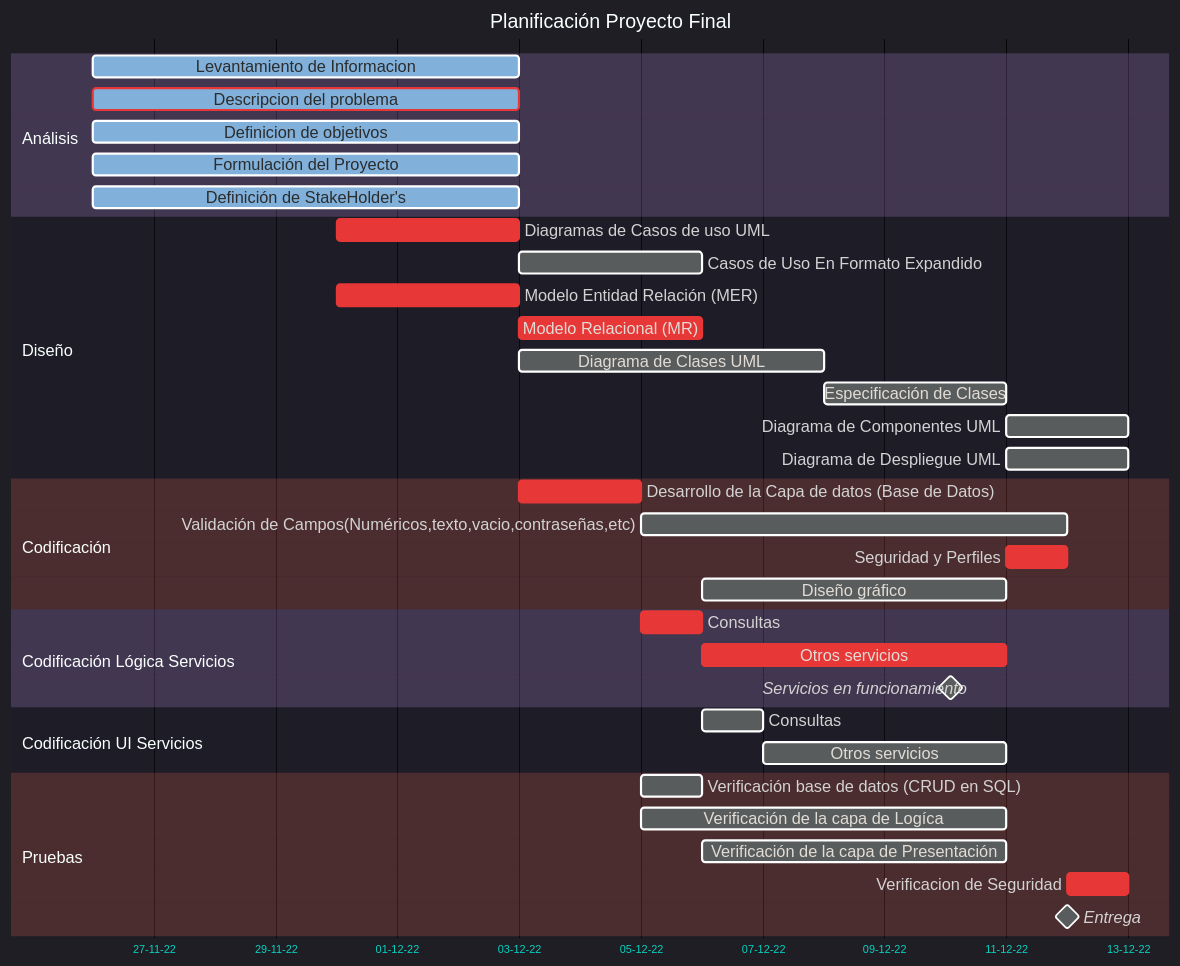
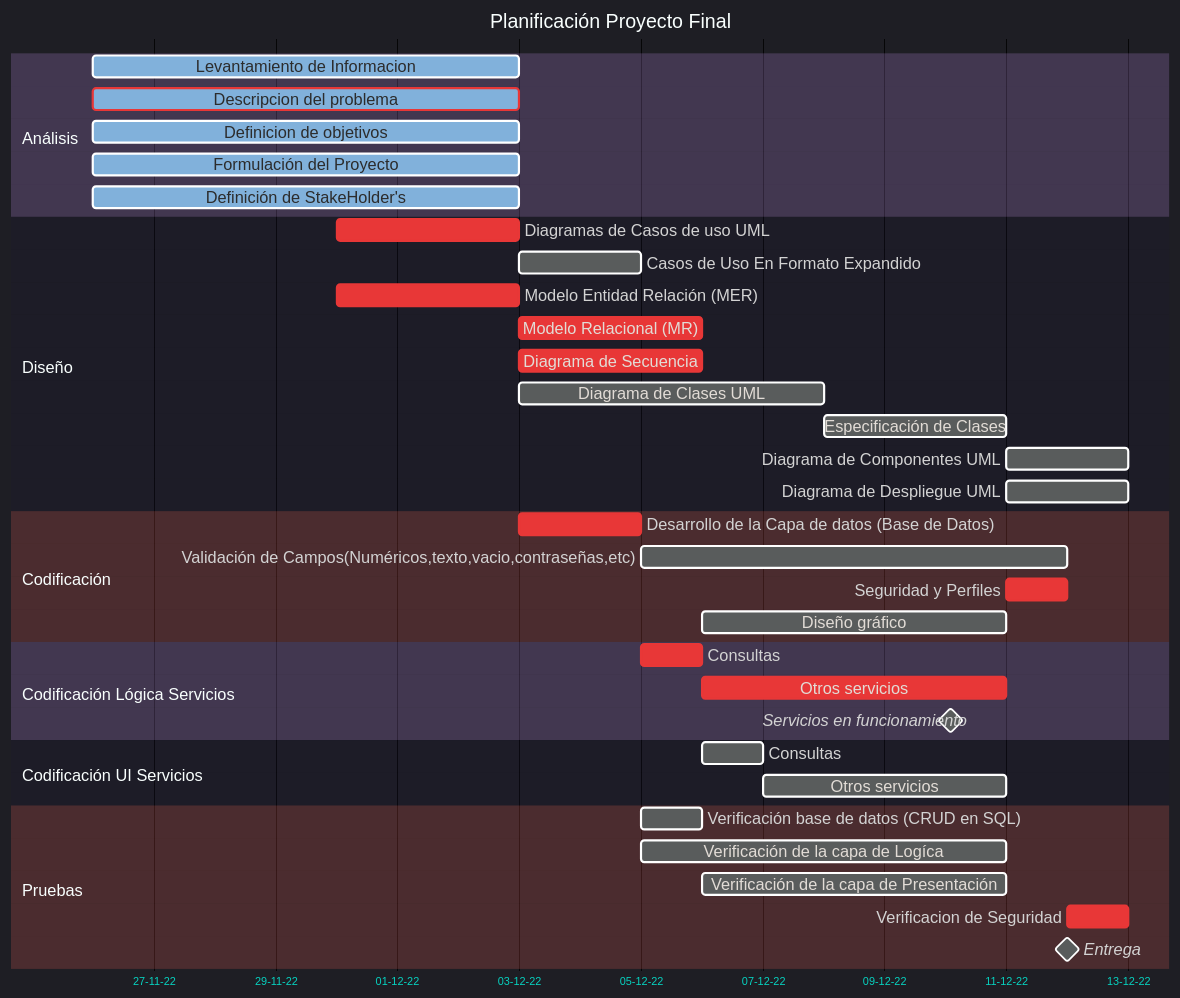
The diagram in README.md (sfelipehh/ProgramacionAplicada), drawn with Mermaid before and after one commit.

Commit message:
Planeación**

`````diff
--- a/README.md
+++ b/README.md
@@ -3,51 +3,52 @@
 ````mermaid
-%%{init: { 'theme':'dark', 'themeVariables':{'background':'#1d1634','sectionBkgColor' : '#d39aff', 'sectionBkgColor2':'#ff665a', 'gridColor':'#00ffe7', 'textColor':'#00ffe7'} ,"gantt":{"barGap": 10,"fontSize":15, "sectionFontSize":15, "numberSectionStyles":3}} }%%
+%%{init: { 'theme':'dark', 'themeVariables':{'background':'#1d1634','sectionBkgColor' : '#d39aff', 'sectionBkgColor2':'#ff665a', 'gridColor':'#00ffe7', 'textColor':'#00ffe7'} ,"gantt":{ "barGap": 10,"fontSize":15, "sectionFontSize":15, "numberSectionStyles":3}} }%%
 gantt
 
     title Planificación Proyecto Final
     axisFormat %d-%m-%y
     dateFormat  YYYY-MM-DD
     todayMarker stroke-width:5px,stroke:#69d30f,opacity:0.5
 
 
     section Análisis
     Levantamiento de Informacion :active, a1, 2022-11-26, 7d
     Descripcion del problema :crit, active, a2, 2022-11-26, 7d
     Definicion de objetivos :active, a3, 2022-11-26, 7d
     Formulación del Proyecto :active, a4, 2022-11-26, 7d
     Definición de StakeHolder's :active, a5, 2022-11-26, 7d
 
     section Diseño
     Diagramas de Casos de uso UML :crit, d1, 2022-11-30, 3d
-    Casos de Uso En Formato Expandido : d2, after d1,3d
+    Casos de Uso En Formato Expandido : d2, after d1,2d
     Modelo Entidad Relación (MER) :crit, d3, 2022-11-30, 3d
     Modelo Relacional (MR) :crit, d4, after d3,3d
+    Diagrama de Secuencia :crit, d9, after d1, 3d
     Diagrama de Clases UML : d5, 2022-12-3, 5d
     Especificación de Clases : d6, after d5, 3d
     Diagrama de Componentes UML : d7, after d6, 2d
     Diagrama de Despliegue UML : d8, after d6, 2d
 
     section Codificación
     Desarrollo de la Capa de datos (Base de Datos) :crit, c1, after d3, 2d
     Validación de Campos(Numéricos,texto,vacio,contraseñas,etc) : c2, after c1, 7d
     Seguridad y Perfiles :crit, c3, after cl2, 1d
     Diseño gráfico : c4, after cl1, 5d
 
     section Codificación Lógica Servicios
     Consultas :crit, cl1, after c1, 1d
     Otros servicios :crit, cl2, after cl1, 5d
 
     Servicios en funcionamiento :milestone,ml, 2022-12-10,4h
     
     section Codificación UI Servicios
-    Consultas : cui1, after cl1, 1d
+    Consultas : cui1, after cl1 d9, 1d
     Otros servicios : cui2, after cui1, 4d
 
     section Pruebas
     Verificación base de datos (CRUD en SQL) : ts1, after c1, 1d
     Verificación de la capa de Logíca :crit ts2, after c1, 6d
     Verificación de la capa de Presentación : ts3, after cl1, 5d
     Verificacion de Seguridad :crit, ts4, after c3, 1d
 
     Entrega : milestone, m2, 2022-12-12,2m
 ````
`````
